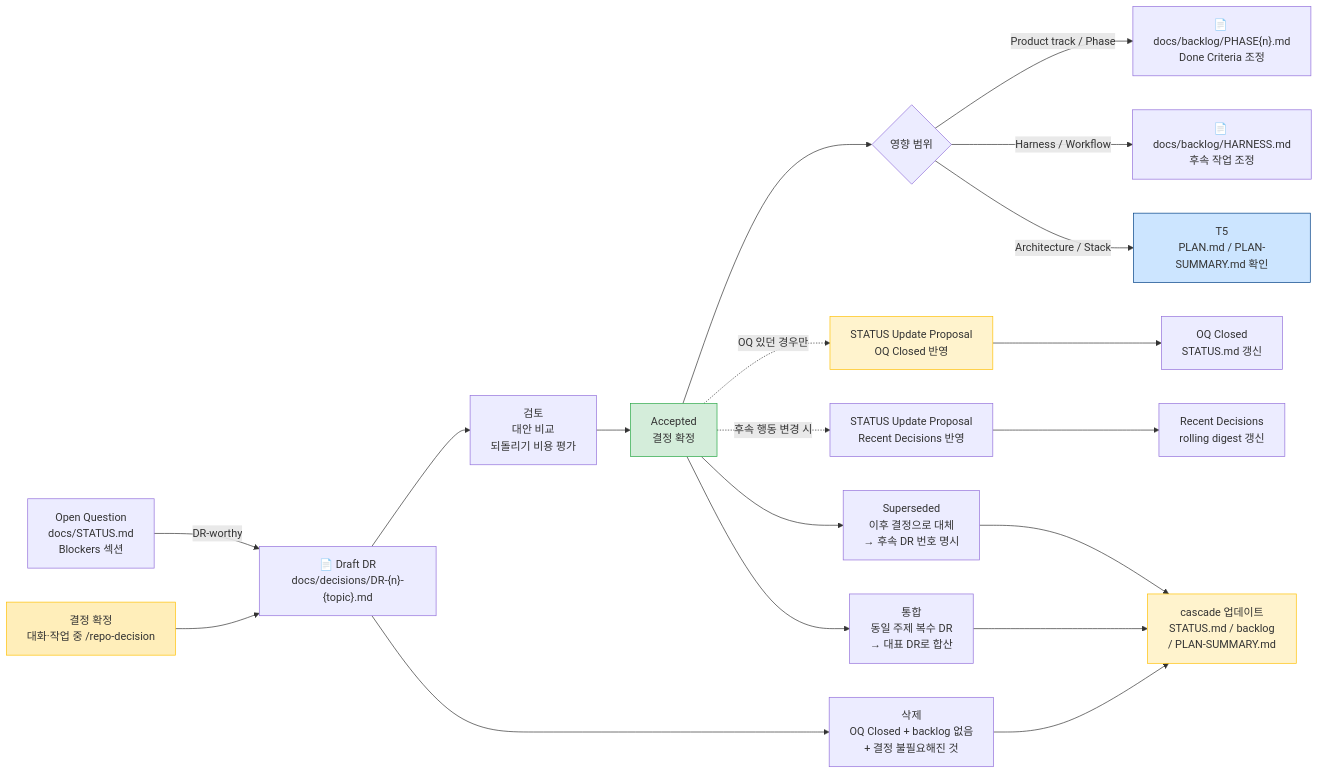
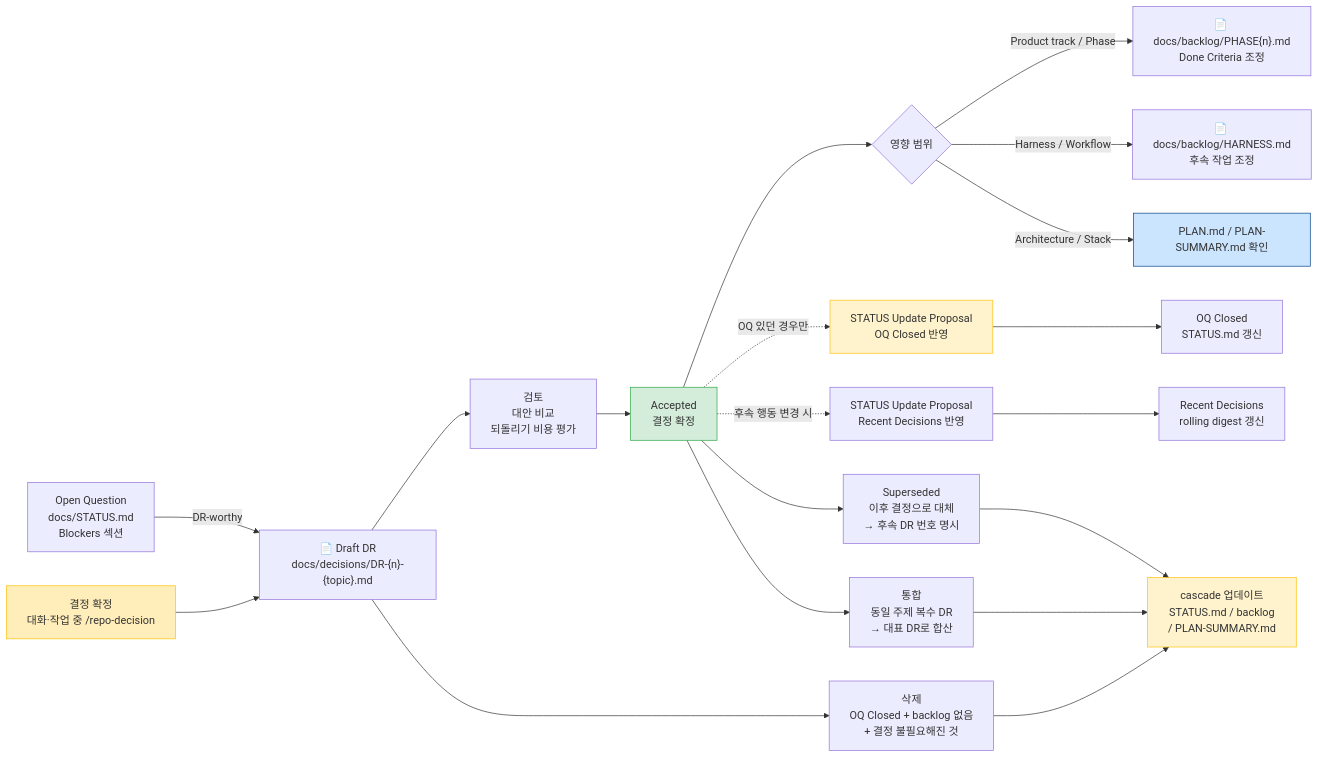
The eighth of 8 diagrams in docs/WORKFLOW-MANUAL.md (kyungseo/ai-workflow-harness), drawn with Mermaid before and after one commit. The commit also changed other lines of this file and 4 other files, not shown here.

````diff
--- a/docs/WORKFLOW-MANUAL.md
+++ b/docs/WORKFLOW-MANUAL.md
@@ -970,32 +561,32 @@
 ```mermaid
 flowchart LR
     OQ["Open Question\ndocs/STATUS.md\nBlockers 섹션"]
     DECISION["결정 확정\n대화·작업 중 /repo-decision"]
 
     OQ -->|"DR-worthy"| DRAFT["📄 Draft DR\ndocs/decisions/DR-{n}-{topic}.md"]
     DECISION --> DRAFT
     DRAFT --> REVIEW["검토\n대안 비교\n되돌리기 비용 평가"]
     REVIEW --> ACCEPT["Accepted\n결정 확정"]
     ACCEPT --> ROUTE{영향 범위}
     ROUTE -- Product track / Phase --> PBACKLOG["📄 docs/backlog/PHASE{n}.md\nDone Criteria 조정"]
     ROUTE -- Harness / Workflow --> HBACKLOG["📄 docs/backlog/HARNESS.md\n후속 작업 조정"]
-    ROUTE -- Architecture / Stack --> PLAN["T5\nPLAN.md / PLAN-SUMMARY.md 확인"]
+    ROUTE -- Architecture / Stack --> PLAN["PLAN.md / PLAN-SUMMARY.md 확인"]
     ACCEPT -.->|"OQ 있던 경우만"| STATUS_PROPOSAL["STATUS Update Proposal\nOQ Closed 반영"]
     ACCEPT -.->|"후속 행동 변경 시"| RECENT_DECISIONS["STATUS Update Proposal\nRecent Decisions 반영"]
     STATUS_PROPOSAL --> CLOSED["OQ Closed\nSTATUS.md 갱신"]
     RECENT_DECISIONS --> DIGEST["Recent Decisions\nrolling digest 갱신"]
 
     ACCEPT --> SUPERSEDED["Superseded\n이후 결정으로 대체\n→ 후속 DR 번호 명시"]
     DRAFT --> DELETE["삭제\nOQ Closed + backlog 없음\n+ 결정 불필요해진 것"]
     ACCEPT --> MERGE["통합\n동일 주제 복수 DR\n→ 대표 DR로 합산"]
 
     SUPERSEDED --> CASCADE["cascade 업데이트\nSTATUS.md / backlog\n/ PLAN-SUMMARY.md"]
     DELETE --> CASCADE
     MERGE --> CASCADE
 
     style ACCEPT fill:#d4edda,stroke:#28a745
     style DECISION fill:#ffeeba,stroke:#ffc107
     style PLAN fill:#cce5ff,stroke:#004085
     style STATUS_PROPOSAL fill:#fff3cd,stroke:#ffc107
     style CASCADE fill:#fff3cd,stroke:#ffc107
 ```
````
